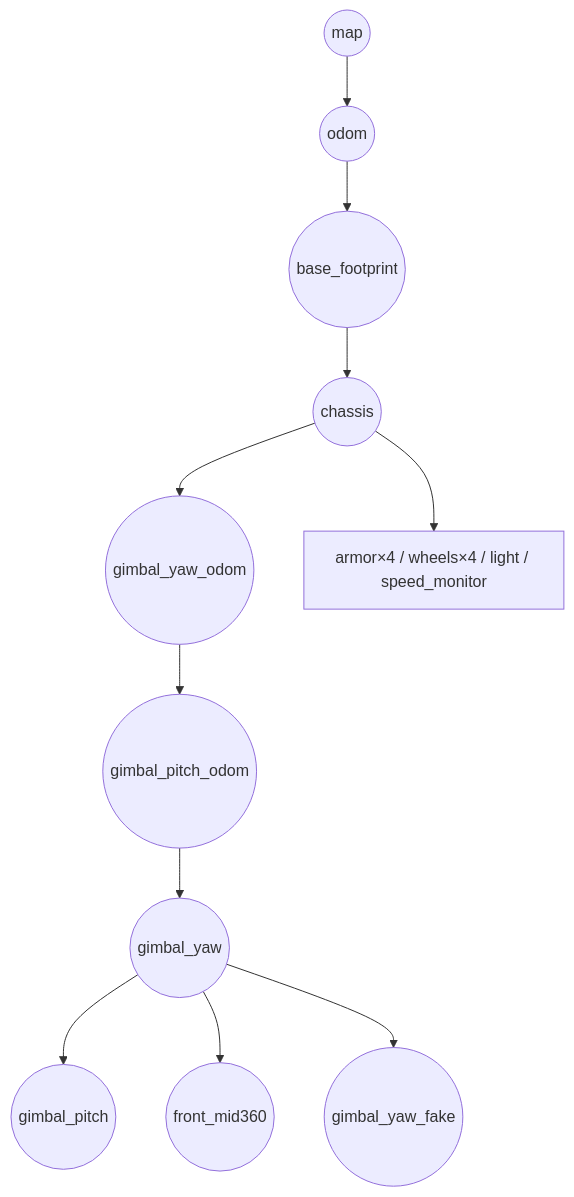
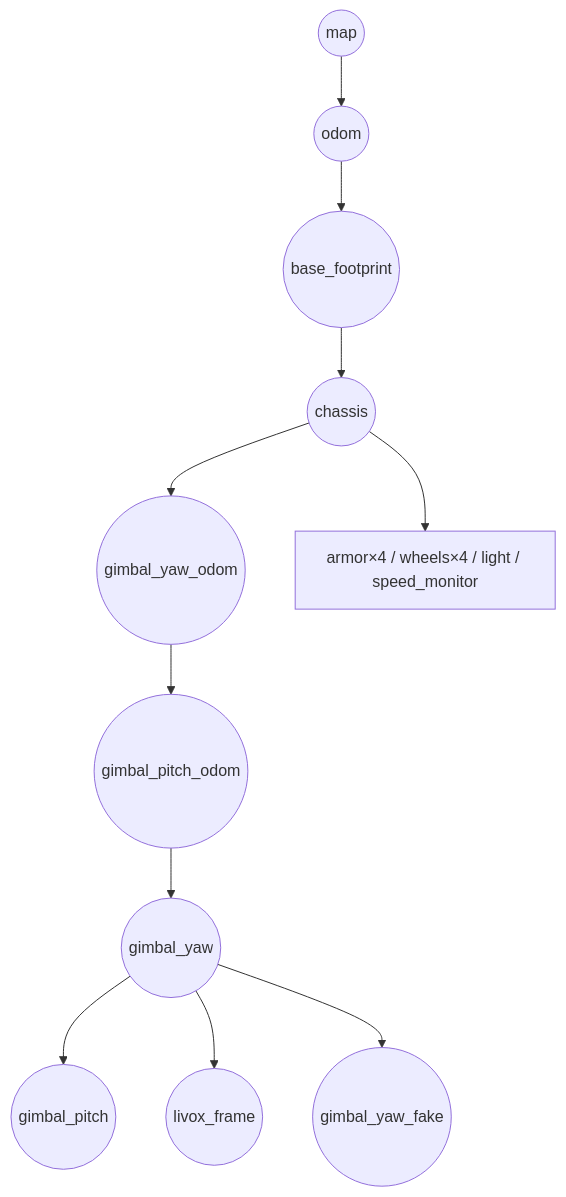
One commit to YD07-xyt/NavX changed the first of 3 diagrams in docs/tf_simplification_plan.md. Above: the diagram before and after it, drawn with Mermaid. The commit also changed other lines of this file and 9 other files, not shown here.

First line of the commit message:
refactor(tf): 雷达帧 front_mid360 统一为 livox_frame

````diff
--- a/docs/tf_simplification_plan.md
+++ b/docs/tf_simplification_plan.md
@@ -33,13 +33,13 @@
 ```mermaid
 graph TD
   map((map)) --> odom((odom))
   odom --> bf((base_footprint))
   bf --> ch((chassis))
   ch --> gyo((gimbal_yaw_odom))
   gyo --> gpo((gimbal_pitch_odom))
   gpo --> gy((gimbal_yaw))
   gy --> gp((gimbal_pitch))
-  gy --> lidar((front_mid360))
+  gy --> lidar((livox_frame))
   gy --> fake((gimbal_yaw_fake))
   ch --> armor["armor×4 / wheels×4 / light / speed_monitor"]
 ```
````
